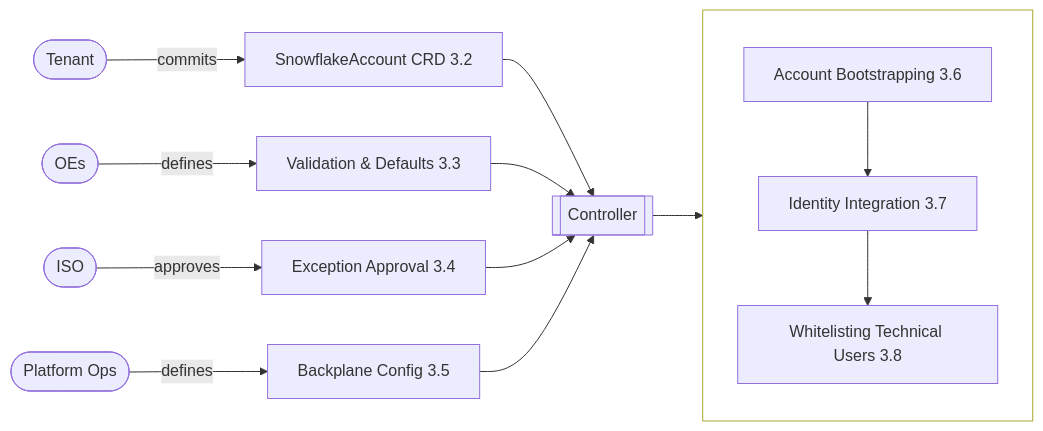
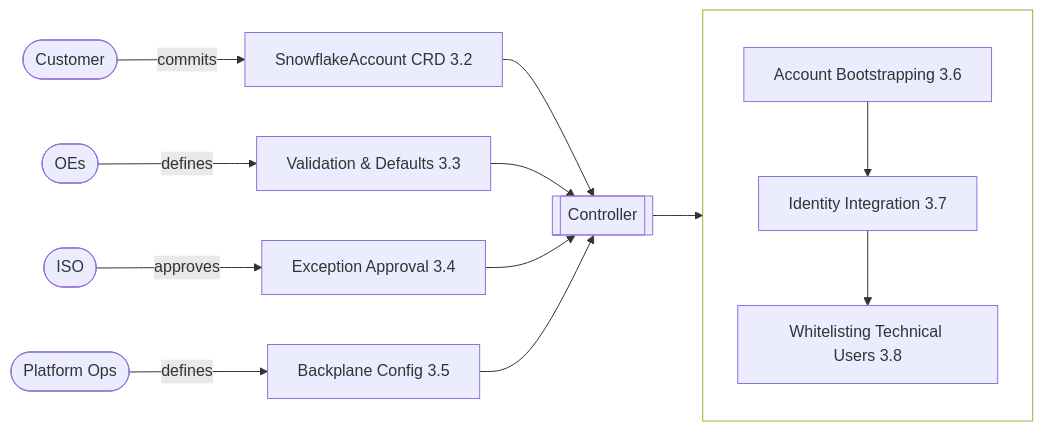
The diagram in specs/design.md (allianz/yukimi), drawn with Mermaid before and after one commit. The commit also changed other lines of this file, not shown here.

Commit message:
added description to the mermaid

````diff
--- a/specs/design.md
+++ b/specs/design.md
@@ -112,22 +112,22 @@
 ```mermaid
 flowchart LR
-    Tenant([Tenant]) -->|commits| CRD[SnowflakeAccount CRD 3.2]
+    Customer([Customer]) -->|commits| CRD[SnowflakeAccount CRD 3.2]
     OEs([OEs]) -->|defines| ValidationRules[Validation & Defaults 3.3]
     ISO([ISO]) -->|approves| Exceptions[Exception Approval 3.4]
     Ops([Platform Ops]) -->|defines| BackplaneConfig[Backplane Config 3.5]
 
     CRD --> Controller[[Controller]]
     ValidationRules --> Controller
     Exceptions --> Controller
     BackplaneConfig --> Controller
 
     Controller --> CreateFlow
 
     subgraph createFlowGroup [" "]
         direction TB
         CreateFlow[Account Bootstrapping 3.6] --> IdentityIntegration[Identity Integration 3.7]
         IdentityIntegration --> Whitelisting[Whitelisting Technical Users 3.8]
     end
 
     style createFlowGroup fill:transparent
 ```
````
